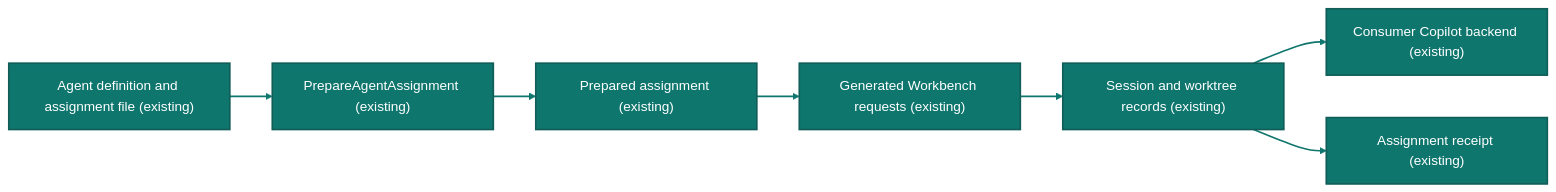
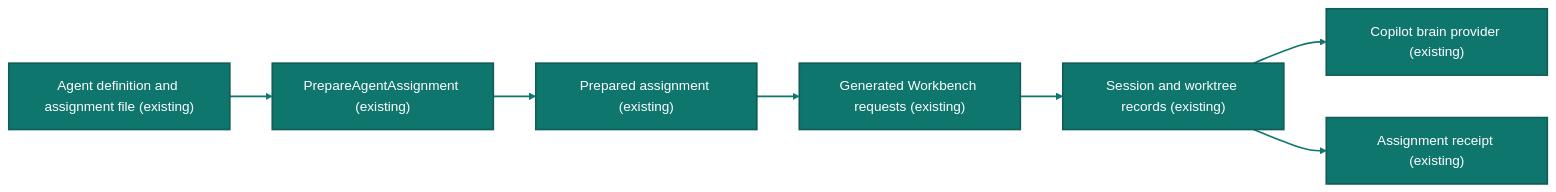
The diagram in examples/csf-agent/README.md (candacelabs/csf), drawn with Mermaid before and after one commit. The commit also changed other lines of this file and 1376 other files, not shown here.

````diff
--- a/examples/csf-agent/README.md
+++ b/examples/csf-agent/README.md
@@ -8,26 +8,26 @@
 ```mermaid
 %% Generated from csf/compiler/language/architecture.csf; do not edit.
 %% Documentation model only; status labels do not establish runtime verification.
 flowchart LR
   classDef csf_existing fill:#0F766E,stroke:#115E59,stroke-width:2px,color:#FFFFFF;
   classDef csf_planned fill:#FEF3C7,stroke:#B45309,stroke-width:2px,color:#78350F;
   n_recipe["Agent definition and assignment file (existing)"]:::csf_existing
   n_prepare["PrepareAgentAssignment (existing)"]:::csf_existing
   n_plan["Prepared assignment (existing)"]:::csf_existing
   n_requests["Generated Workbench requests (existing)"]:::csf_existing
   n_session["Session and worktree records (existing)"]:::csf_existing
-  n_copilot["Consumer Copilot backend (existing)"]:::csf_existing
+  n_copilot["Copilot brain provider (existing)"]:::csf_existing
   n_receipt["Assignment receipt (existing)"]:::csf_existing
   n_recipe --> n_prepare
   n_prepare --> n_plan
   n_plan --> n_requests
   n_requests --> n_session
   n_session --> n_copilot
   n_session --> n_receipt
   linkStyle 0 stroke:#0F766E,stroke-width:2px
   linkStyle 1 stroke:#0F766E,stroke-width:2px
   linkStyle 2 stroke:#0F766E,stroke-width:2px
   linkStyle 3 stroke:#0F766E,stroke-width:2px
   linkStyle 4 stroke:#0F766E,stroke-width:2px
   linkStyle 5 stroke:#0F766E,stroke-width:2px
 ```
````
